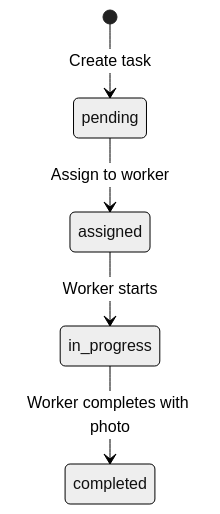
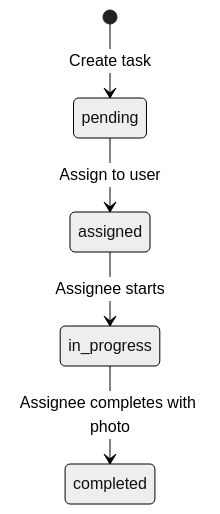
Before and after one commit to dlhsby/sekar: the fourth of 9 diagrams in specs/database/erd.md, drawn with Mermaid (neutral theme). The commit also changed other lines of this file and 417 other files, not shown here.

````diff
--- a/specs/database/erd.md
+++ b/specs/database/erd.md
@@ -359,7 +342,7 @@
 ```mermaid
 stateDiagram-v2
     [*] --> pending: Create task
-    pending --> assigned: Assign to worker
-    assigned --> in_progress: Worker starts
-    in_progress --> completed: Worker completes with photo
+    pending --> assigned: Assign to user
+    assigned --> in_progress: Assignee starts
+    in_progress --> completed: Assignee completes with photo
 ```
````
